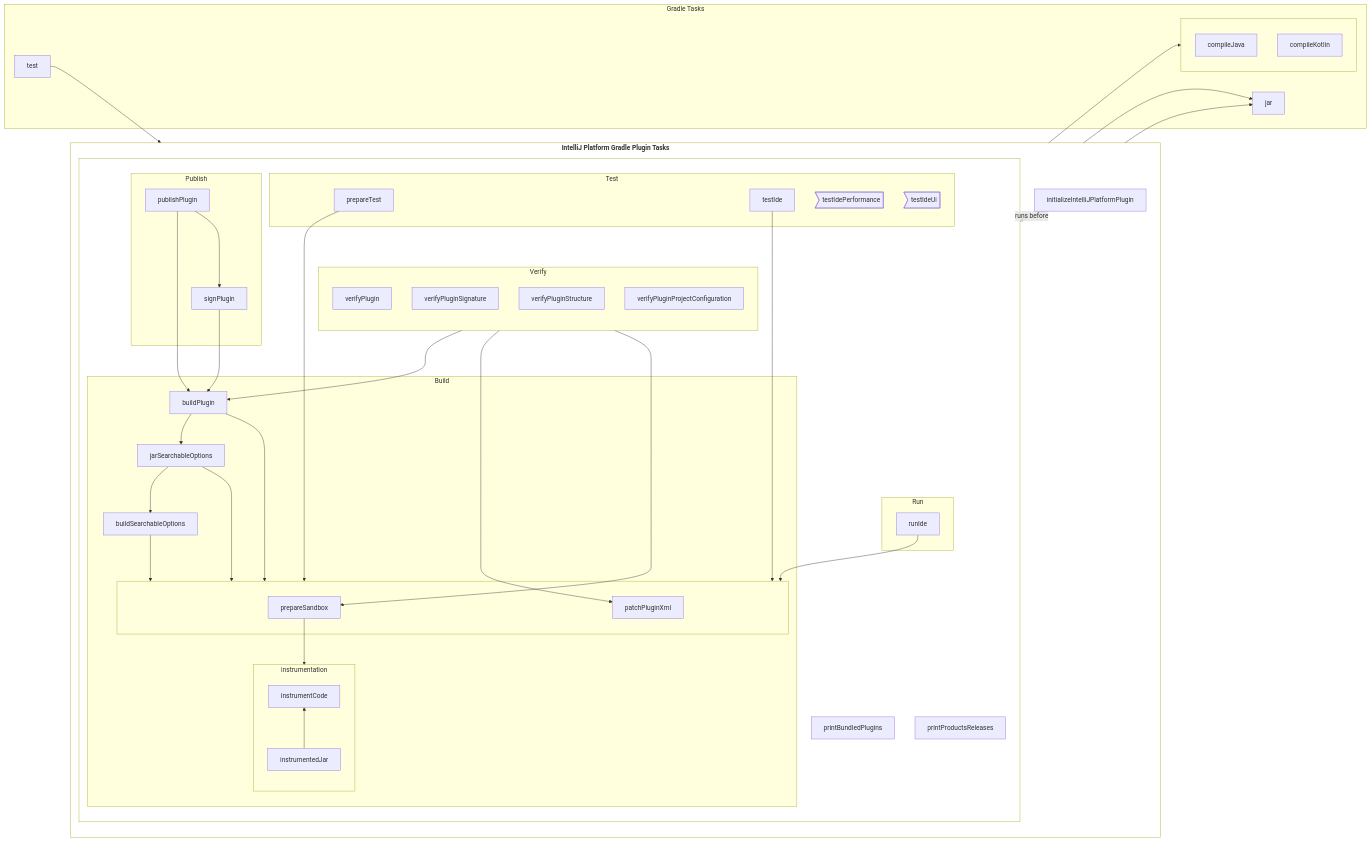
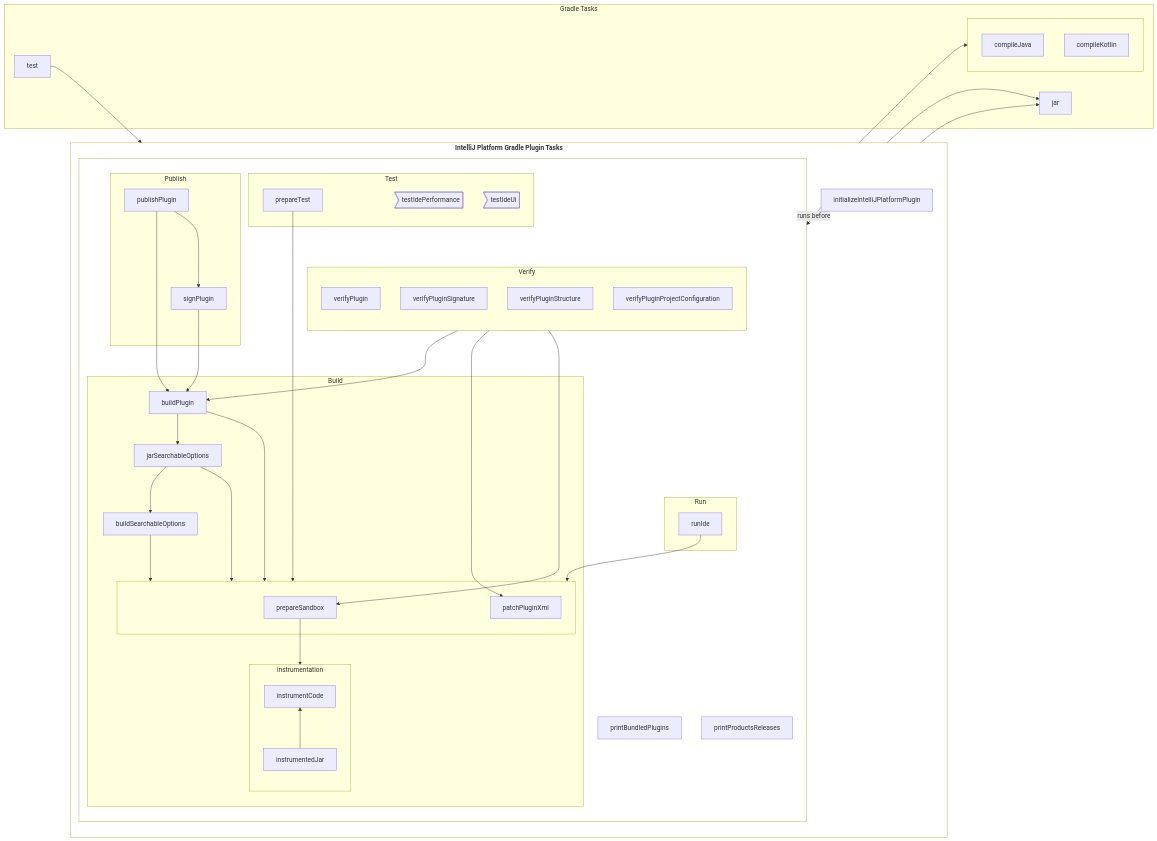
Before and after one commit to JetBrains/intellij-sdk-docs: the diagram in topics/appendix/tools/intellij_platform_gradle_plugin/tools_intellij_platform_gradle_plugin_tasks.md, drawn with Mermaid. The commit also changed other lines of this file and 3 other files, not shown here.

```diff
--- a/topics/appendix/tools/intellij_platform_gradle_plugin/tools_intellij_platform_gradle_plugin_tasks.md
+++ b/topics/appendix/tools/intellij_platform_gradle_plugin/tools_intellij_platform_gradle_plugin_tasks.md
@@ -51,7 +51,6 @@
 
             subgraph TEST ["Test"]
                 prepareTest
-                testIde
                 testIdePerformance>testIdePerformance]
                 testIdeUi>testIdeUi]
 
@@ -101,7 +100,6 @@
 
     prepareTest --> prepareSandbox_patchPluginXml
     test --> prepareTest
-    testIde --> prepareSandbox_patchPluginXml
     testIdePerformance
     testIdeUi
 
@@ -126,7 +124,6 @@
     click runIde "#runIde"
 
     click prepareTest "#prepareTest"
-    click testIde "#testIde"
     click testIdePerformance "#testIdePerformance"
     click testIdeUi "#testIdeUi"
 
```
